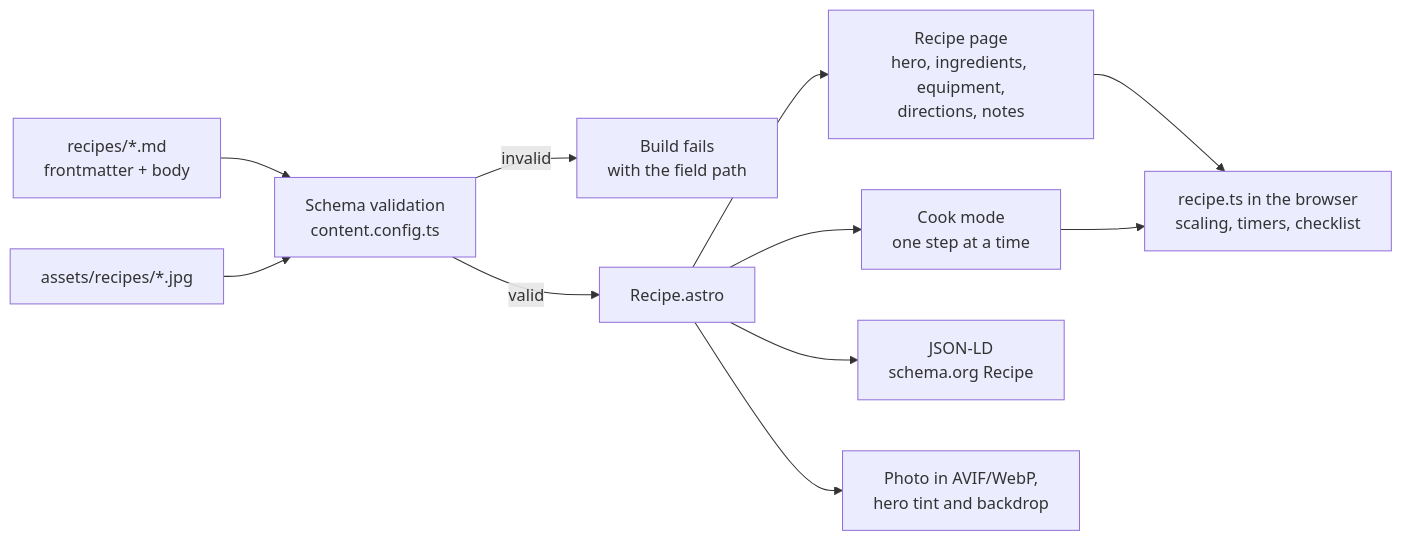
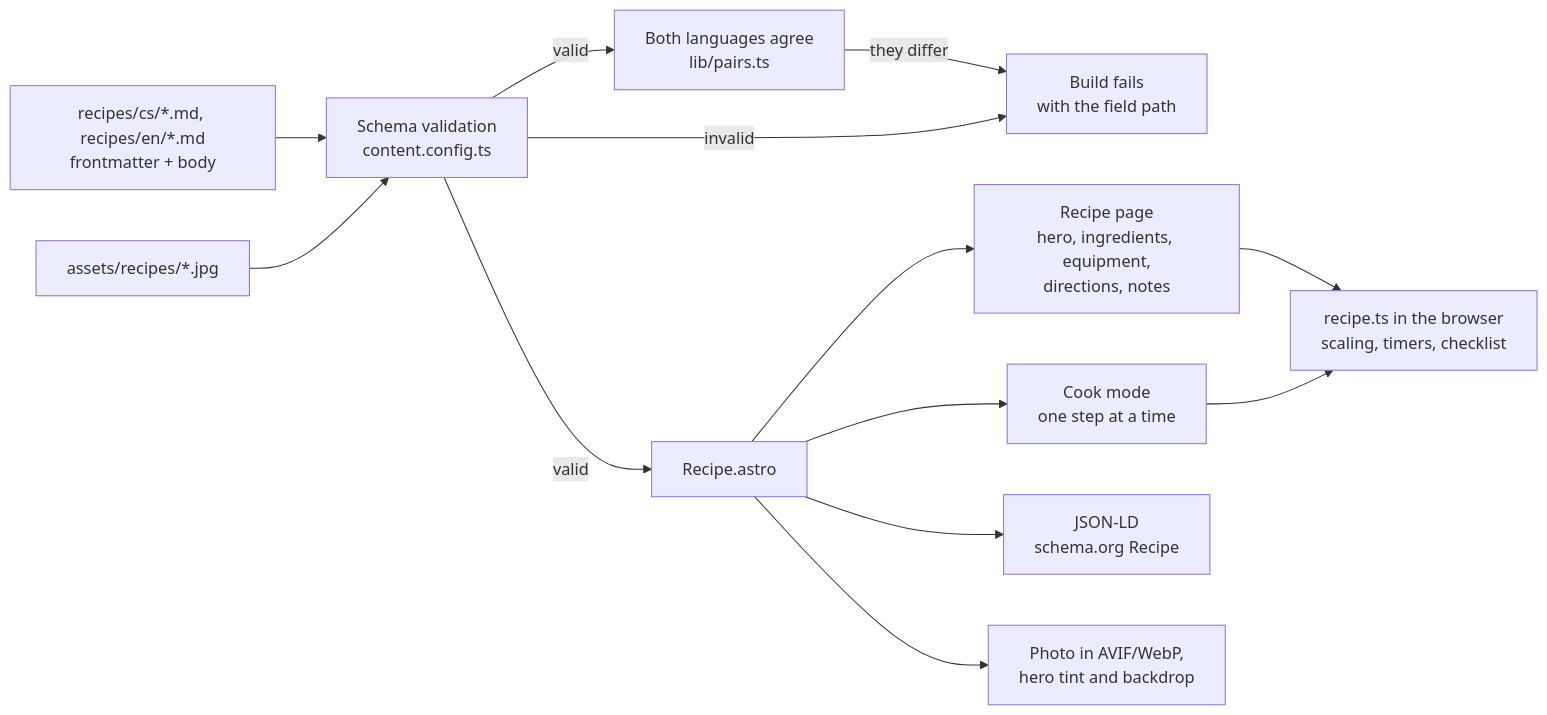
One commit to pschonfeld/soowee changed the first of 3 diagrams in docs/recipe-model.md. Above: the diagram before and after it, drawn with Mermaid. The commit also changed other lines of this file and 48 other files, not shown here.

````diff
--- a/docs/recipe-model.md
+++ b/docs/recipe-model.md
@@ -26,13 +27,15 @@
 ```mermaid
 flowchart LR
-  md["recipes/*.md<br/>frontmatter + body"] --> schema["Schema validation<br/>content.config.ts"]
+  md["recipes/cs/*.md, recipes/en/*.md<br/>frontmatter + body"] --> schema["Schema validation<br/>content.config.ts"]
+  schema -->|valid| pair["Both languages agree<br/>lib/pairs.ts"]
+  pair -->|they differ| fail
   img["assets/recipes/*.jpg"] --> schema
   schema -->|invalid| fail["Build fails<br/>with the field path"]
   schema -->|valid| page["Recipe.astro"]
   page --> html["Recipe page<br/>hero, ingredients, equipment,<br/>directions, notes"]
   page --> cook["Cook mode<br/>one step at a time"]
   page --> ld["JSON-LD<br/>schema.org Recipe"]
   page --> pic["Photo in AVIF/WebP,<br/>hero tint and backdrop"]
   html --> js["recipe.ts in the browser<br/>scaling, timers, checklist"]
   cook --> js
 ```
````
